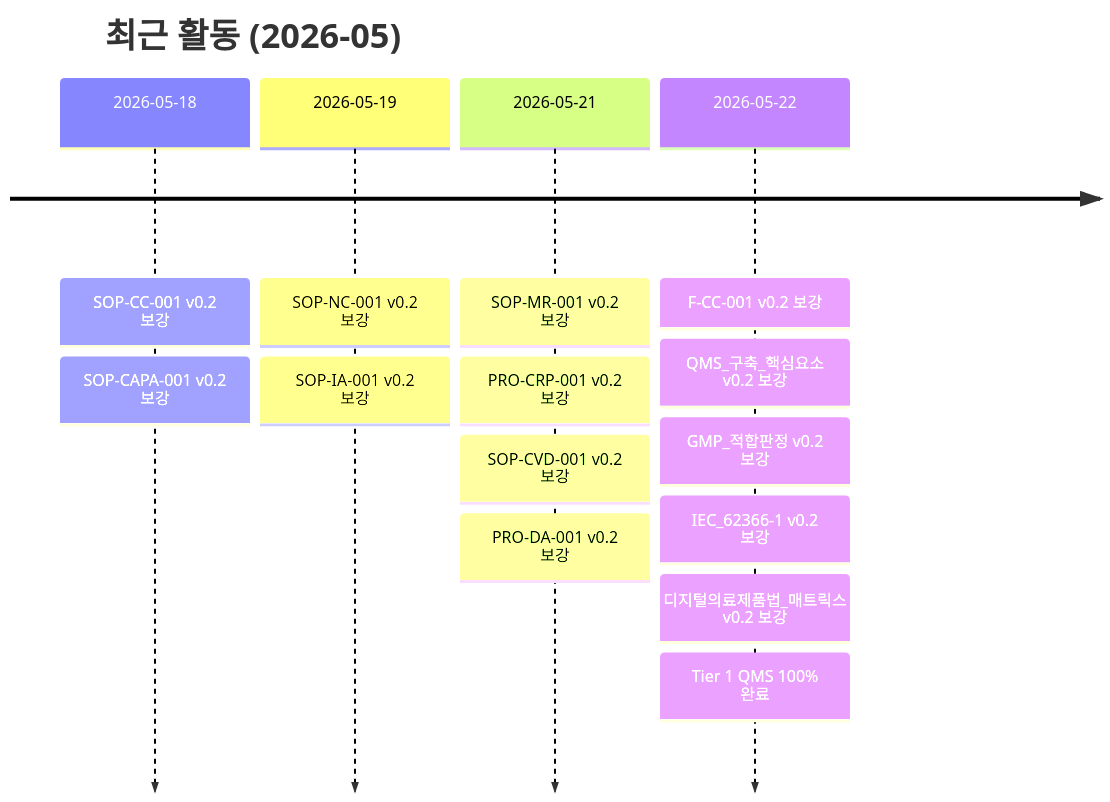
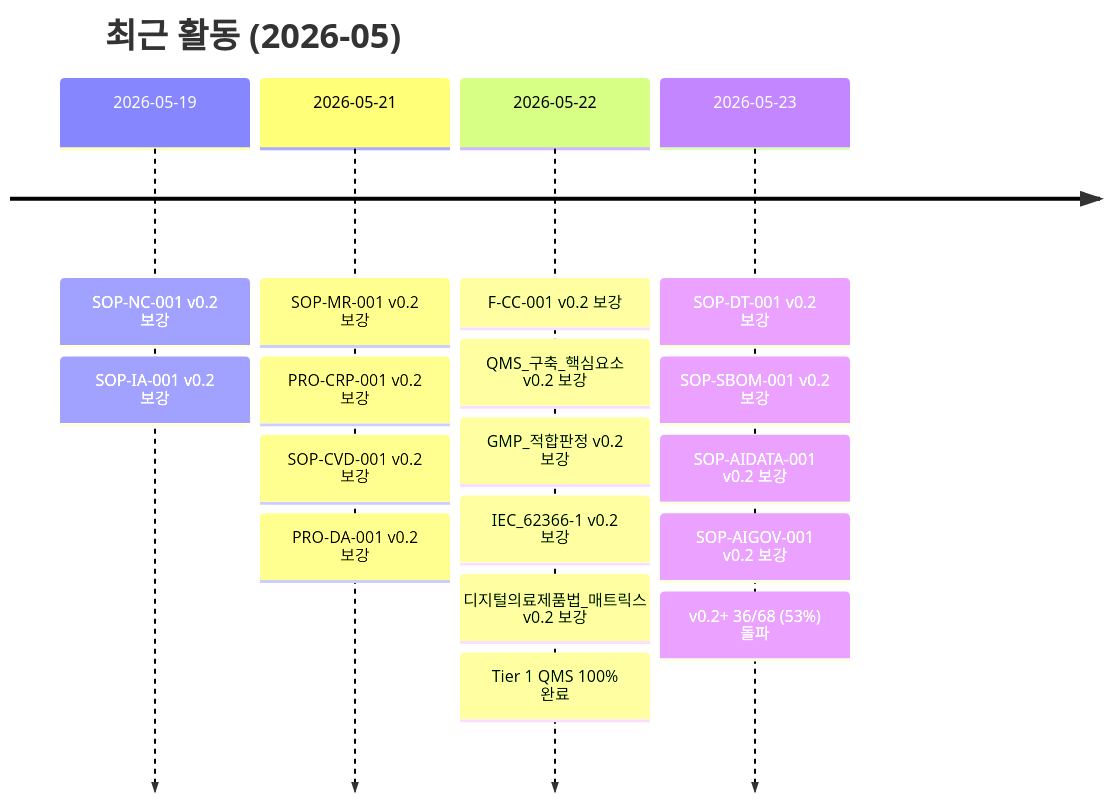
The third of 4 diagrams in README.md (holee9/MD-process), drawn with Mermaid before and after one commit. The commit also changed other lines of this file, not shown here.

````diff
--- a/README.md
+++ b/README.md
@@ -138,18 +138,21 @@
 ```mermaid
 timeline
     title 최근 활동 (2026-05)
-    2026-05-18 : SOP-CC-001 v0.2 보강
-               : SOP-CAPA-001 v0.2 보강
     2026-05-19 : SOP-NC-001 v0.2 보강
                : SOP-IA-001 v0.2 보강
     2026-05-21 : SOP-MR-001 v0.2 보강
                : PRO-CRP-001 v0.2 보강
                : SOP-CVD-001 v0.2 보강
                : PRO-DA-001 v0.2 보강
     2026-05-22 : F-CC-001 v0.2 보강
                : QMS_구축_핵심요소 v0.2 보강
                : GMP_적합판정 v0.2 보강
                : IEC_62366-1 v0.2 보강
                : 디지털의료제품법_매트릭스 v0.2 보강
                : Tier 1 QMS 100% 완료
+    2026-05-23 : SOP-DT-001 v0.2 보강
+               : SOP-SBOM-001 v0.2 보강
+               : SOP-AIDATA-001 v0.2 보강
+               : SOP-AIGOV-001 v0.2 보강
+               : v0.2+ 36/68 (53%) 돌파
 ```
````
